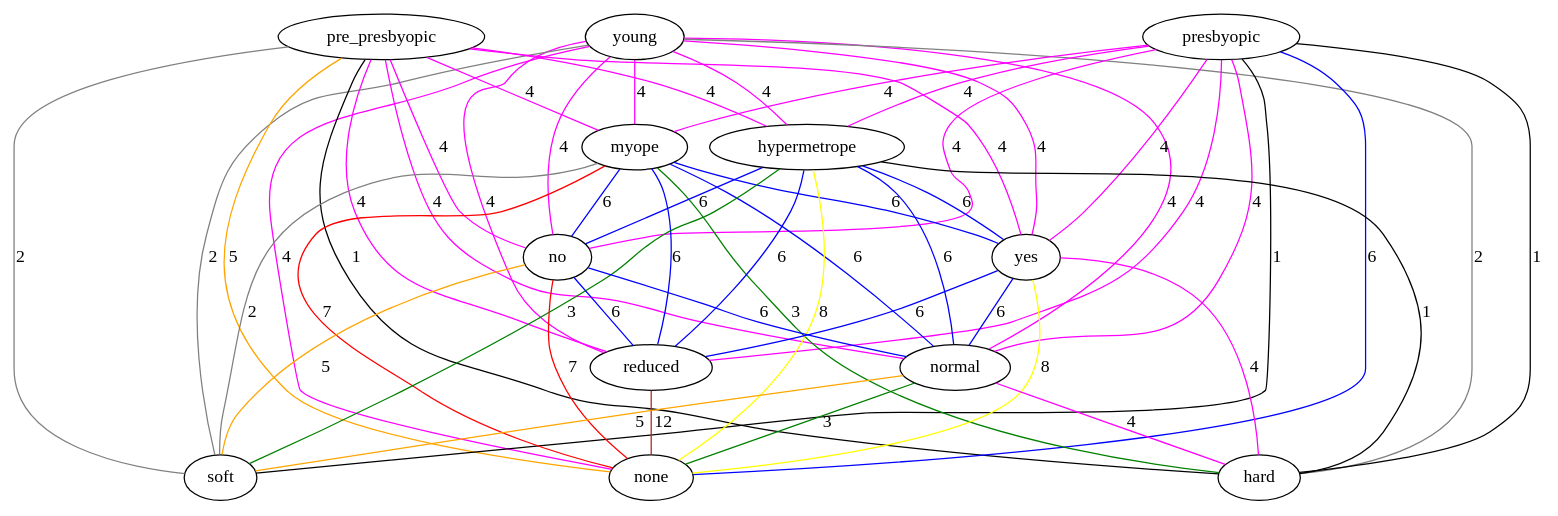
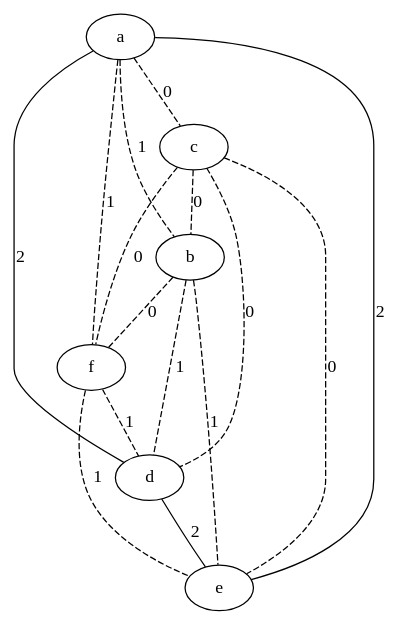
One commit to lrodrin/TFG changed the diagram in src/extension/linearGraph.dot. Above: the diagram before and after it, drawn with Graphviz. The commit also changed 6 other files, not shown here.

```diff
--- a/src/extension/linearGraph.dot
+++ b/src/extension/linearGraph.dot
@@ -1,67 +1,23 @@
 strict graph "" {
-young;
-pre_presbyopic;
-presbyopic;
-myope;
-hypermetrope;
-no;
-yes;
-reduced;
-normal;
-none;
-soft;
-hard;
-young -- myope  [color=magenta, label=4, style=solid];
-young -- hypermetrope  [color=magenta, label=4, style=solid];
-young -- no  [color=magenta, label=4, style=solid];
-young -- yes  [color=magenta, label=4, style=solid];
-young -- reduced  [color=magenta, label=4, style=solid];
-young -- normal  [color=magenta, label=4, style=solid];
-young -- none  [color=magenta, label=4, style=solid];
-young -- soft  [color=grey, label=2, style=solid];
-young -- hard  [color=grey, label=2, style=solid];
-pre_presbyopic -- myope  [color=magenta, label=4, style=solid];
-pre_presbyopic -- hypermetrope  [color=magenta, label=4, style=solid];
-pre_presbyopic -- no  [color=magenta, label=4, style=solid];
-pre_presbyopic -- yes  [color=magenta, label=4, style=solid];
-pre_presbyopic -- reduced  [color=magenta, label=4, style=solid];
-pre_presbyopic -- normal  [color=magenta, label=4, style=solid];
-pre_presbyopic -- none  [color=orange, label=5, style=solid];
-pre_presbyopic -- soft  [color=grey, label=2, style=solid];
-pre_presbyopic -- hard  [color=black, label=1, style=solid];
-presbyopic -- myope  [color=magenta, label=4, style=solid];
-presbyopic -- hypermetrope  [color=magenta, label=4, style=solid];
-presbyopic -- no  [color=magenta, label=4, style=solid];
-presbyopic -- yes  [color=magenta, label=4, style=solid];
-presbyopic -- reduced  [color=magenta, label=4, style=solid];
-presbyopic -- normal  [color=magenta, label=4, style=solid];
-presbyopic -- none  [color=blue, label=6, style=solid];
-presbyopic -- soft  [color=black, label=1, style=solid];
-presbyopic -- hard  [color=black, label=1, style=solid];
-myope -- no  [color=blue, label=6, style=solid];
-myope -- yes  [color=blue, label=6, style=solid];
-myope -- reduced  [color=blue, label=6, style=solid];
-myope -- normal  [color=blue, label=6, style=solid];
-myope -- none  [color=red, label=7, style=solid];
-myope -- soft  [color=grey, label=2, style=solid];
-myope -- hard  [color=green, label=3, style=solid];
-hypermetrope -- no  [color=blue, label=6, style=solid];
-hypermetrope -- yes  [color=blue, label=6, style=solid];
-hypermetrope -- reduced  [color=blue, label=6, style=solid];
-hypermetrope -- normal  [color=blue, label=6, style=solid];
-hypermetrope -- none  [color=yellow, label=8, style=solid];
-hypermetrope -- soft  [color=green, label=3, style=solid];
-hypermetrope -- hard  [color=black, label=1, style=solid];
-no -- reduced  [color=blue, label=6, style=solid];
-no -- normal  [color=blue, label=6, style=solid];
-no -- none  [color=red, label=7, style=solid];
-no -- soft  [color=orange, label=5, style=solid];
-yes -- reduced  [color=blue, label=6, style=solid];
-yes -- normal  [color=blue, label=6, style=solid];
-yes -- none  [color=yellow, label=8, style=solid];
-yes -- hard  [color=magenta, label=4, style=solid];
-reduced -- none  [color=brown, label=12, style=solid];
-normal -- none  [color=green, label=3, style=solid];
-normal -- soft  [color=orange, label=5, style=solid];
-normal -- hard  [color=magenta, label=4, style=solid];
+a;
+c;
+b;
+f;
+d;
+e;
+a -- c  [color=black, label=0, style=dashed];
+a -- b  [color=black, label=1, style=dashed];
+a -- f  [color=black, label=1, style=dashed];
+a -- d  [color=black, label=2, style=solid];
+a -- e  [color=black, label=2, style=solid];
+c -- b  [color=black, label=0, style=dashed];
+c -- f  [color=black, label=0, style=dashed];
+c -- d  [color=black, label=0, style=dashed];
+c -- e  [color=black, label=0, style=dashed];
+b -- f  [color=black, label=0, style=dashed];
+b -- d  [color=black, label=1, style=dashed];
+b -- e  [color=black, label=1, style=dashed];
+f -- d  [color=black, label=1, style=dashed];
+f -- e  [color=black, label=1, style=dashed];
+d -- e  [color=black, label=2, style=solid];
 }
```
